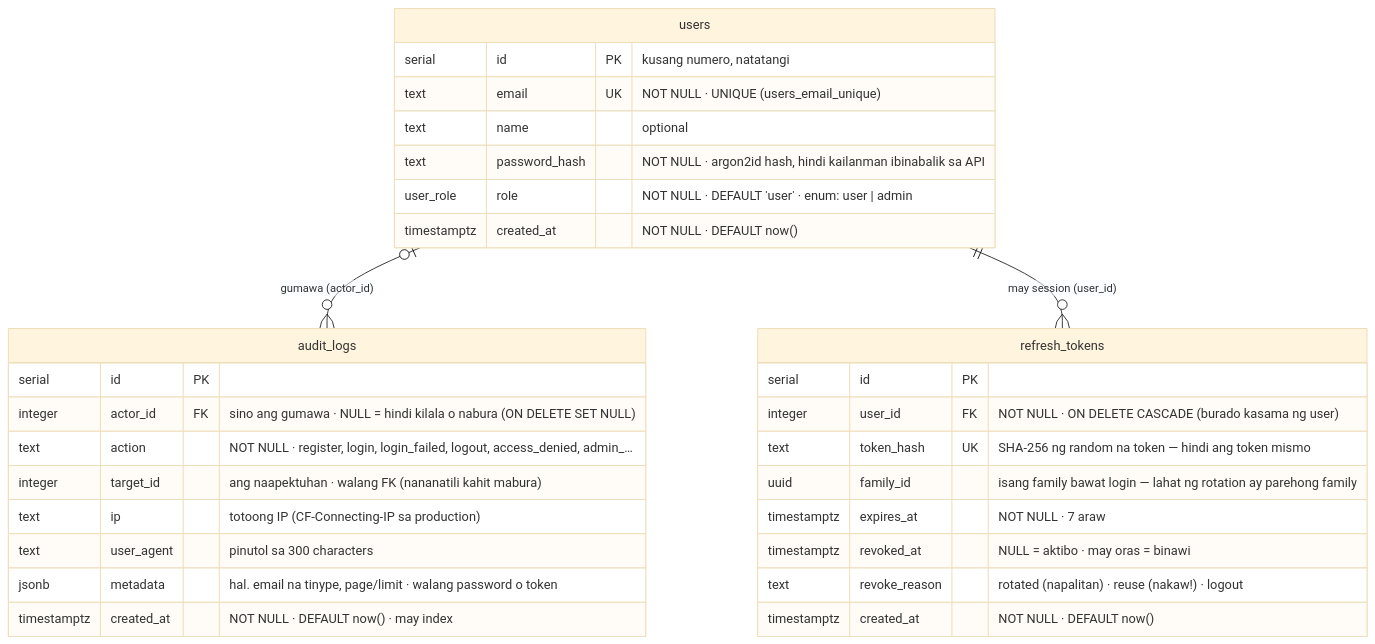
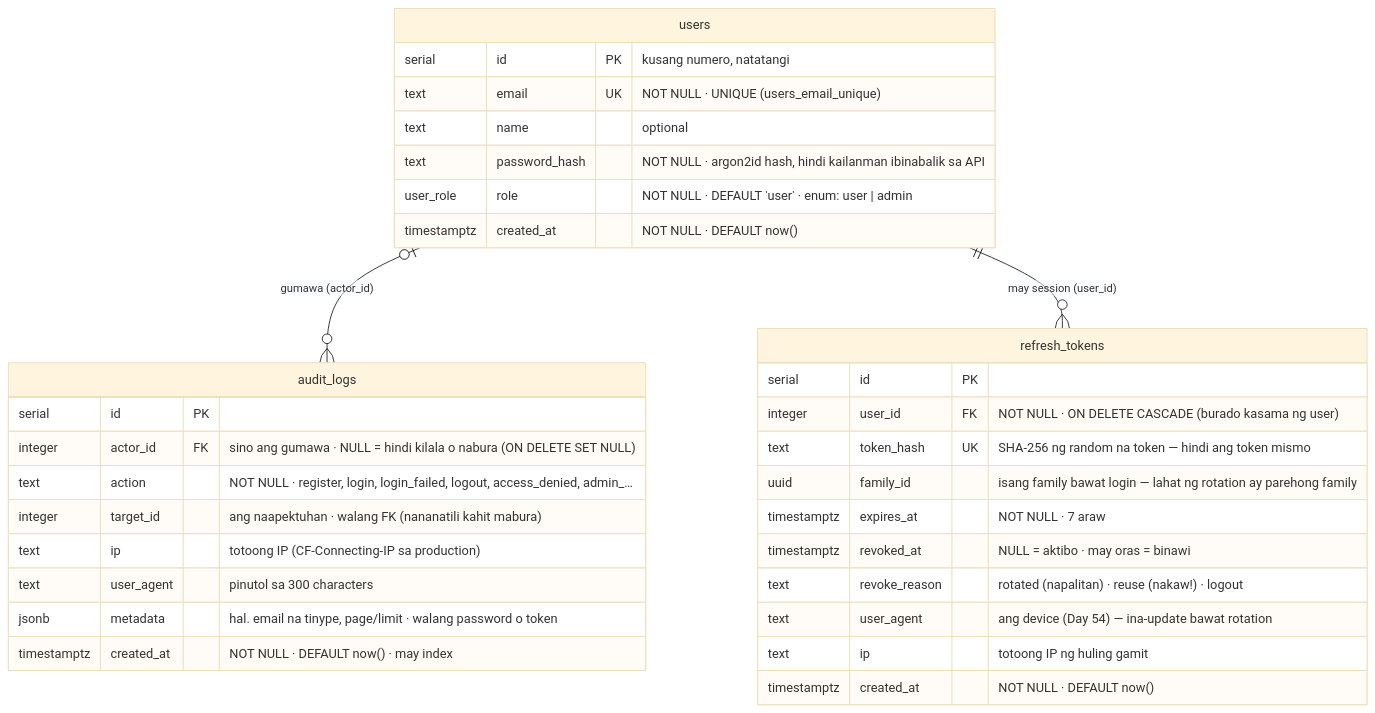
The first of 2 diagrams in docs/diagrams/02-er-diagram.md (nelson1869-ai/auth-learning), drawn with Mermaid (base theme) before and after one commit. The commit also changed other lines of this file and 20 other files, not shown here.

````diff
--- a/docs/diagrams/02-er-diagram.md
+++ b/docs/diagrams/02-er-diagram.md
@@ -13,33 +13,35 @@
 ```mermaid
 erDiagram
     users {
         serial id PK "kusang numero, natatangi"
         text email UK "NOT NULL · UNIQUE (users_email_unique)"
         text name "optional"
         text password_hash "NOT NULL · argon2id hash, hindi kailanman ibinabalik sa API"
         user_role role "NOT NULL · DEFAULT 'user' · enum: user | admin"
         timestamptz created_at "NOT NULL · DEFAULT now()"
     }
     audit_logs {
         serial id PK
         integer actor_id FK "sino ang gumawa · NULL = hindi kilala o nabura (ON DELETE SET NULL)"
         text action "NOT NULL · register, login, login_failed, logout, access_denied, admin_…"
         integer target_id "ang naapektuhan · walang FK (nananatili kahit mabura)"
         text ip "totoong IP (CF-Connecting-IP sa production)"
         text user_agent "pinutol sa 300 characters"
         jsonb metadata "hal. email na tinype, page/limit · walang password o token"
         timestamptz created_at "NOT NULL · DEFAULT now() · may index"
     }
     refresh_tokens {
         serial id PK
         integer user_id FK "NOT NULL · ON DELETE CASCADE (burado kasama ng user)"
         text token_hash UK "SHA-256 ng random na token — hindi ang token mismo"
         uuid family_id "isang family bawat login — lahat ng rotation ay parehong family"
         timestamptz expires_at "NOT NULL · 7 araw"
         timestamptz revoked_at "NULL = aktibo · may oras = binawi"
         text revoke_reason "rotated (napalitan) · reuse (nakaw!) · logout"
+        text user_agent "ang device (Day 54) — ina-update bawat rotation"
+        text ip "totoong IP ng huling gamit"
         timestamptz created_at "NOT NULL · DEFAULT now()"
     }
     users |o--o{ audit_logs : "gumawa (actor_id)"
     users ||--o{ refresh_tokens : "may session (user_id)"
 ```
````
